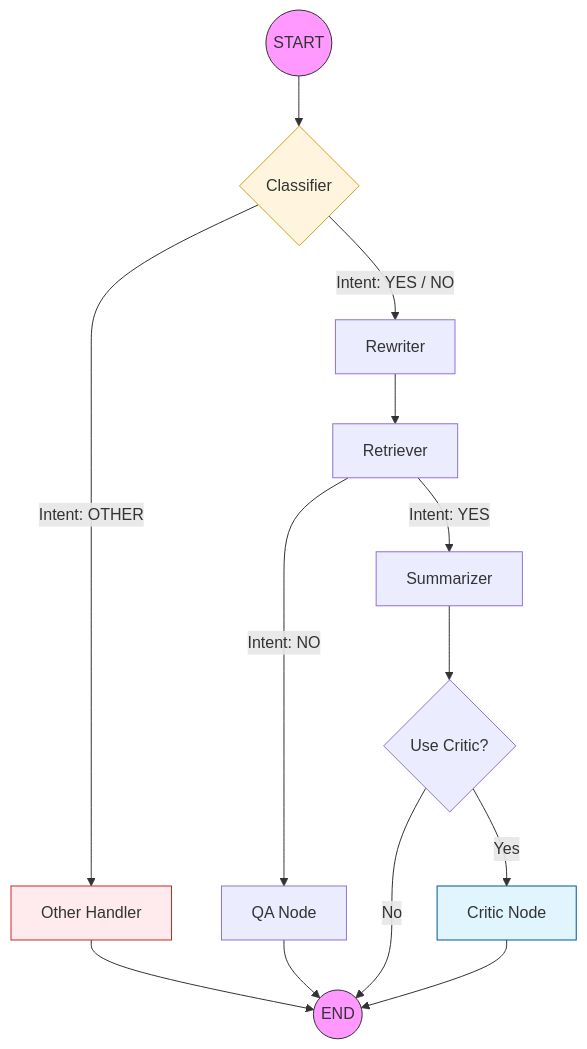
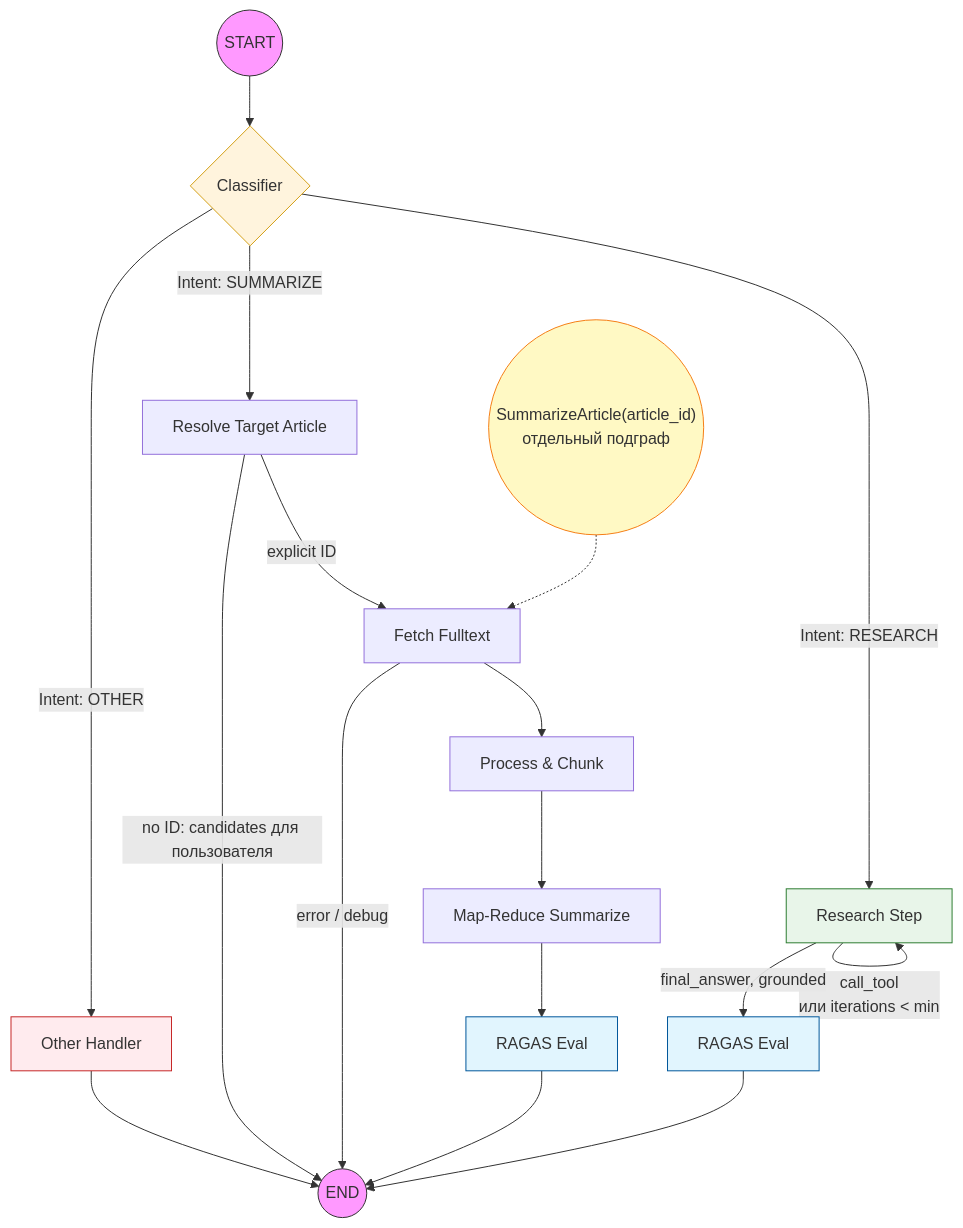
Before and after one commit to fluloeo/ArxivArticlesResearchAgent: the first of 2 diagrams in README.md, drawn with Mermaid. The commit also changed other lines of this file and 36 other files, not shown here.

````diff
--- a/README.md
+++ b/README.md
@@ -98,28 +157,33 @@
 ```mermaid
 graph TD
     Start((START)) --> Classifier{Classifier}
-    
+
     Classifier -->|Intent: OTHER| OtherHandler[Other Handler]
-    Classifier -->|Intent: YES / NO| Rewriter[Rewriter]
-    
+    Classifier -->|Intent: SUMMARIZE| ResolveArticle[Resolve Target Article]
+    Classifier -->|Intent: RESEARCH| ResearchStep[Research Step]
+
     OtherHandler --> End((END))
-    
-    Rewriter --> Retriever[Retriever]
-    
-    Retriever -->|Intent: NO| QA[QA Node]
-    Retriever -->|Intent: YES| Summarizer[Summarizer]
-    
-    QA --> End
-    
-    Summarizer --> IsCritic{Use Critic?}
-    IsCritic -->|Yes| Critic[Critic Node]
-    IsCritic -->|No| End
-    
-    Critic --> End
+
+    ResolveArticle -->|explicit ID| FetchFulltext[Fetch Fulltext]
+    ResolveArticle -->|no ID: candidates для пользователя| End
+    FetchFulltext -->|error / debug| End
+    FetchFulltext --> ProcessChunk[Process & Chunk]
+    ProcessChunk --> MapReduce[Map-Reduce Summarize]
+    MapReduce --> Ragas[RAGAS Eval]
+    Ragas --> End
+
+    ResearchStep -->|call_tool<br/>или iterations < min| ResearchStep
+    ResearchStep -->|final_answer, grounded| Ragas2[RAGAS Eval]
+    Ragas2 --> End
+
+    SummarizeRPC(("SummarizeArticle(article_id)<br/>отдельный подграф")) -.-> FetchFulltext
 
     style Start fill:#f9f,stroke:#333
     style End fill:#f9f,stroke:#333
     style Classifier fill:#fff4dd,stroke:#d4a017
-    style Critic fill:#e1f5fe,stroke:#01579b
+    style Ragas fill:#e1f5fe,stroke:#01579b
+    style Ragas2 fill:#e1f5fe,stroke:#01579b
     style OtherHandler fill:#ffebee,stroke:#c62828
+    style ResearchStep fill:#e8f5e9,stroke:#2e7d32
+    style SummarizeRPC fill:#fff9c4,stroke:#f57f17
 ```
````
